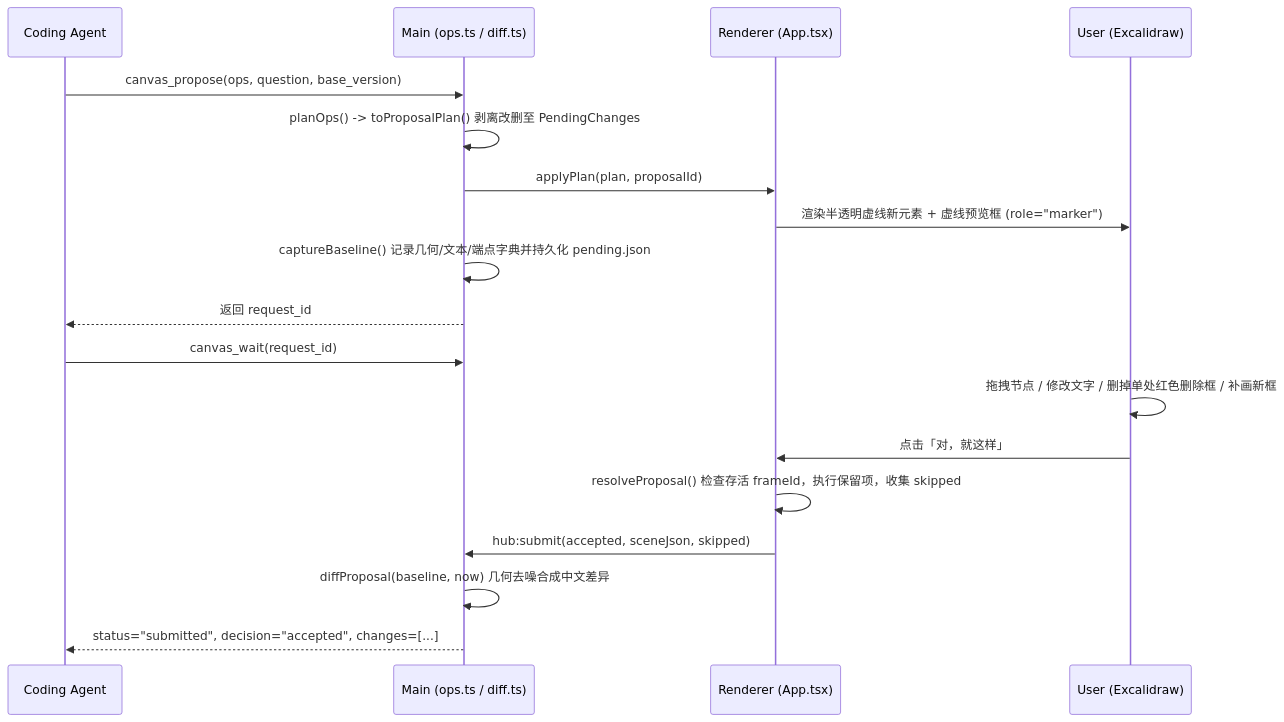
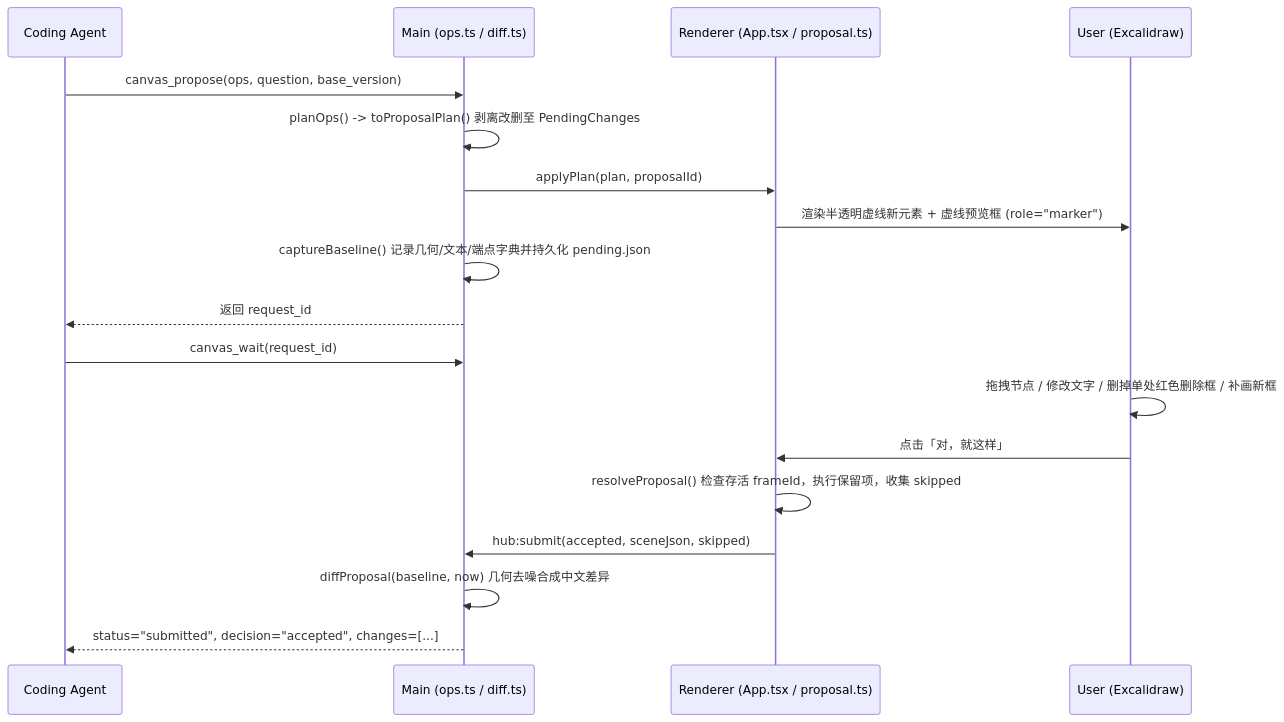
One commit to jian-in/Flying-draws changed the second of 3 diagrams in docs/architecture.md. Above: the diagram before and after it, drawn with Mermaid. The commit also changed other lines of this file and 6 other files, not shown here.

````diff
--- a/docs/architecture.md
+++ b/docs/architecture.md
@@ -70,22 +70,22 @@
 ```mermaid
 sequenceDiagram
   participant A as Coding Agent
   participant M as Main (ops.ts / diff.ts)
-  participant R as Renderer (App.tsx)
+  participant R as Renderer (App.tsx / proposal.ts)
   participant U as User (Excalidraw)
 
   A->>M: canvas_propose(ops, question, base_version)
   M->>M: planOps() -> toProposalPlan() 剥离改删至 PendingChanges
   M->>R: applyPlan(plan, proposalId)
   R->>U: 渲染半透明虚线新元素 + 虚线预览框 (role="marker")
   M->>M: captureBaseline() 记录几何/文本/端点字典并持久化 pending.json
   M-->>A: 返回 request_id
 
   A->>M: canvas_wait(request_id)
   U->>U: 拖拽节点 / 修改文字 / 删掉单处红色删除框 / 补画新框
   U->>R: 点击「对，就这样」
   R->>R: resolveProposal() 检查存活 frameId，执行保留项，收集 skipped
   R->>M: hub:submit(accepted, sceneJson, skipped)
   M->>M: diffProposal(baseline, now) 几何去噪合成中文差异
   M-->>A: status="submitted", decision="accepted", changes=[...]
 ```
````
